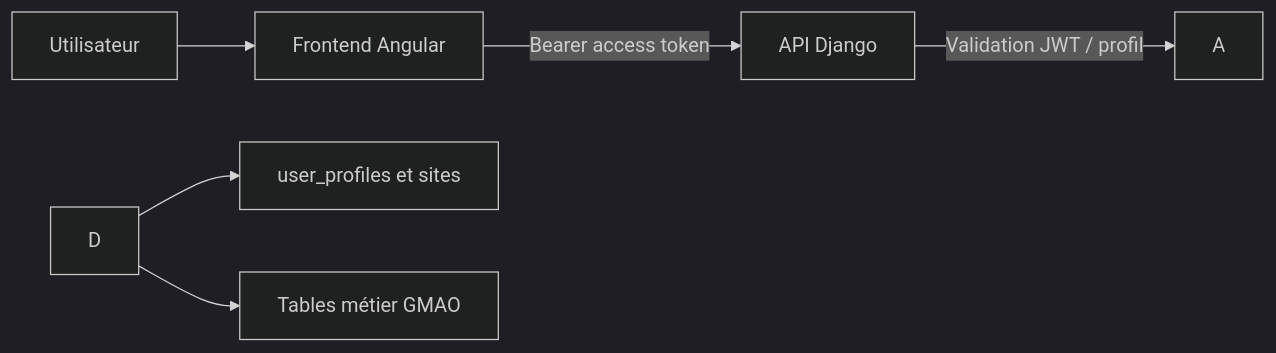
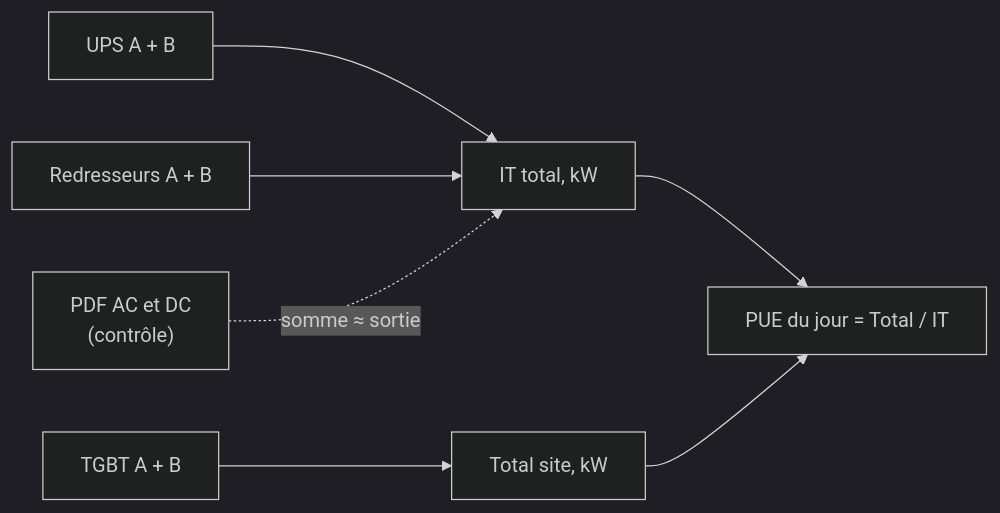
The third of 3 diagrams in README.md (jeancykabengele-code/GMAO-), drawn with Mermaid (dark theme) before and after one commit. The commit also changed other lines of this file and 3 other files, not shown here.

````diff
--- a/README.md
+++ b/README.md
@@ -189,10 +121,9 @@
 ```mermaid
 flowchart LR
-    U[Utilisateur] --> F[Frontend Angular]
-
-    F -->|Bearer access token| B[API Django]
-    B -->|Validation JWT / profil| A
-
-    D --> P[user_profiles et sites]
-    D --> M[Tables métier GMAO]
+    UPS[UPS A + B] --> IT[IT total, kW]
+    RED[Redresseurs A + B] --> IT
+    TGBT[TGBT A + B] --> TOT[Total site, kW]
+    IT --> PUE["PUE du jour = Total / IT"]
+    TOT --> PUE
+    PDF["PDF AC et DC<br/>(contrôle)"] -.->|somme ≈ sortie| IT
 ```
````
